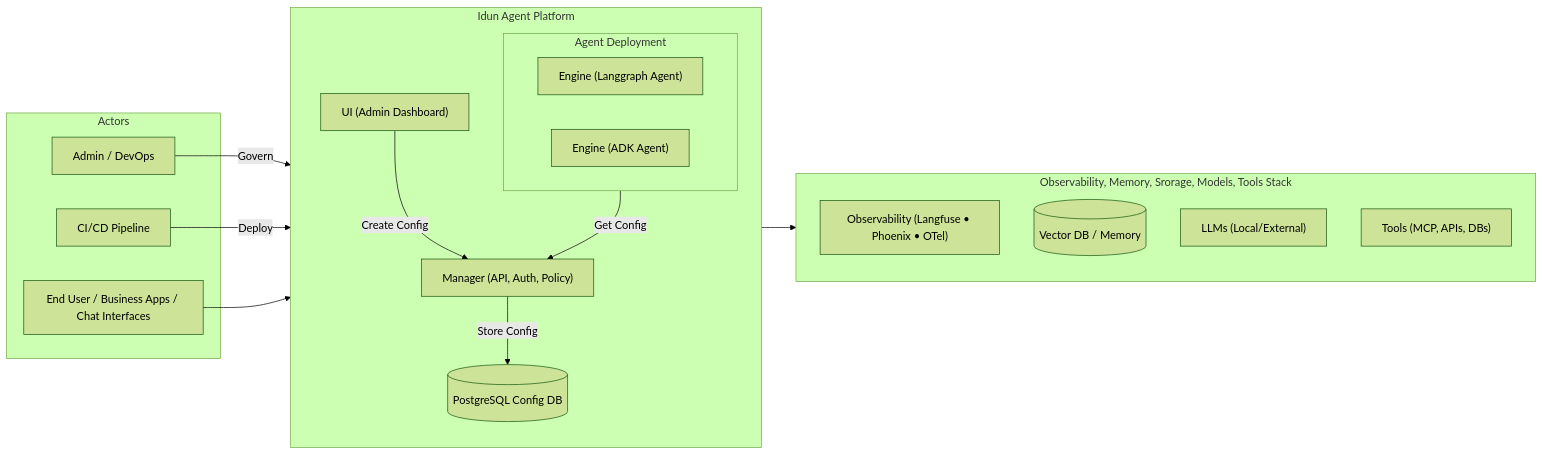
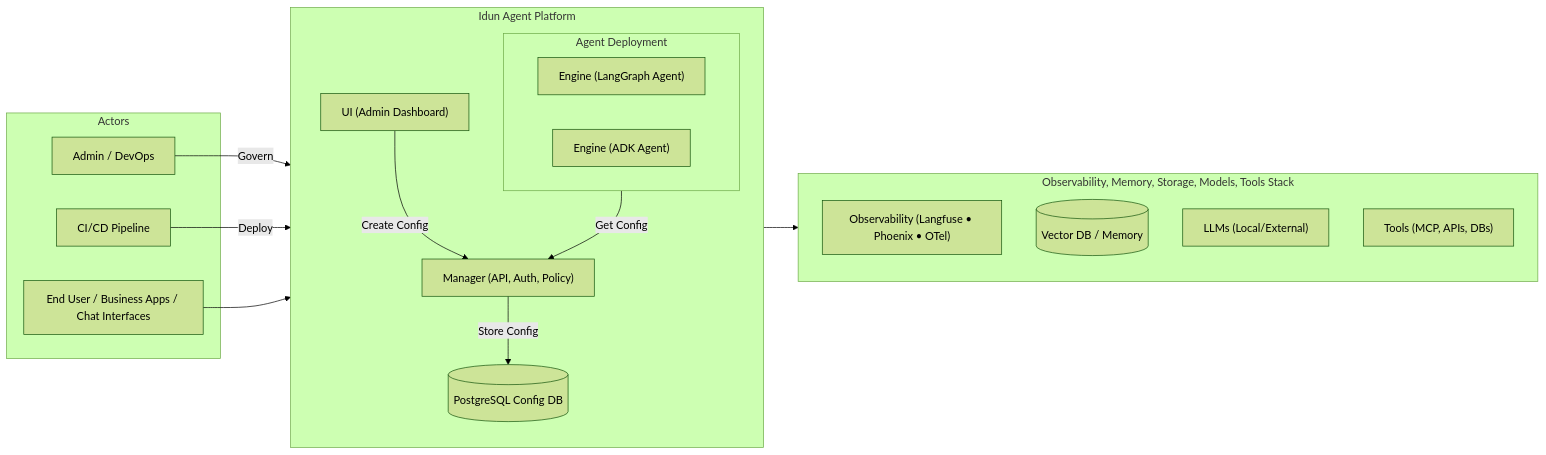
One commit to Idun-Group/idun-agent-platform changed the diagram in README.md. Above: the diagram before and after it, drawn with Mermaid (forest theme). The commit also changed other lines of this file and 2 other files, not shown here.

````diff
--- a/README.md
+++ b/README.md
@@ -247,45 +251,45 @@
 ```mermaid
 flowchart LR
   subgraph Actors["Actors"]
     ChatUI["End User / Business Apps / Chat Interfaces"]
     Admin["Admin / DevOps"]
     CICD["CI/CD Pipeline"]
   end
 
   subgraph Idun_Platform["Idun Agent Platform"]
     direction TB
     UI["UI (Admin Dashboard)"]
     MGR["Manager (API, Auth, Policy)"]
 
     subgraph Agents["Agent Deployment"]
-      ENG1["Engine (Langgraph Agent)"]
+      ENG1["Engine (LangGraph Agent)"]
       ENG2["Engine (ADK Agent)"]
     end
 
     CFGDB[(PostgreSQL Config DB)]
   end
 
-  subgraph Stack["Observability, Memory, Srorage, Models, Tools Stack"]
+  subgraph Stack["Observability, Memory, Storage, Models, Tools Stack"]
     OBS["Observability (Langfuse • Phoenix • OTel)"]
     VDB[(Vector DB / Memory)]
     LLM["LLMs (Local/External)"]
     TOOLS["Tools (MCP, APIs, DBs)"]
   end
 
   %% Admin Governance Flow
   Admin -- "Govern" --> UI
   UI -- "Create Config" --> MGR
   MGR -- "Store Config" --> CFGDB
 
   %% Engines Fetching Config
   Agents -- "Get Config" --> MGR
 
   %% CI/CD Deploying Agents
   CICD -- "Deploy" --> Agents
 
   %% End User Flow
   ChatUI --> Agents
 
   %% Engine External Connections
   Agents --> Stack
 ```
````
